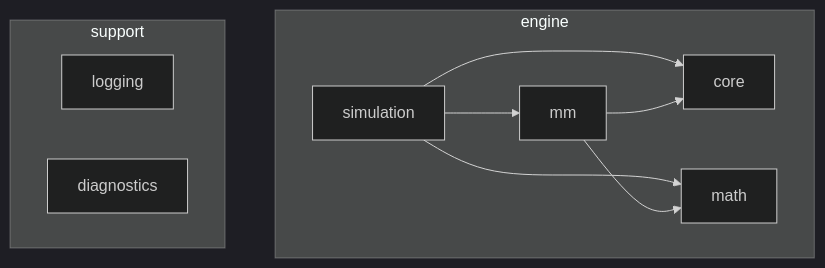
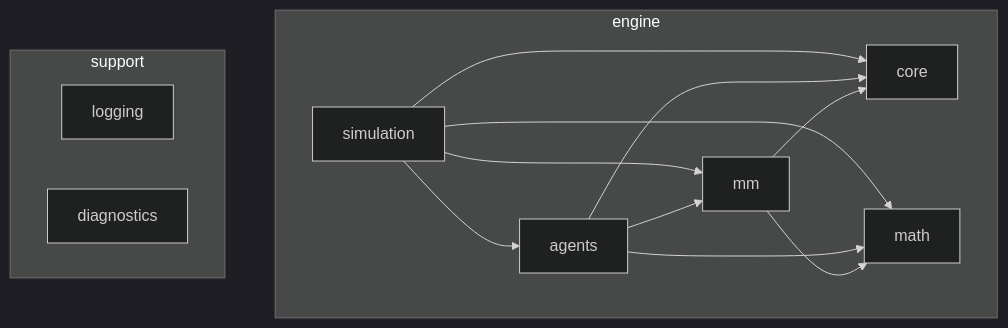
The diagram in docs/architecture/overview.md (GuillaumeLaurin/MarketMakingSimulator), drawn with Mermaid (dark theme) before and after one commit. The commit also changed other lines of this file and 137 other files, not shown here.

````diff
--- a/docs/architecture/overview.md
+++ b/docs/architecture/overview.md
@@ -22,14 +23,18 @@
 ```mermaid
 flowchart TB
     subgraph engine
+        simulation --> agents
         simulation --> mm
         simulation --> core
         simulation --> math
+        agents --> mm
+        agents --> core
+        agents --> math
         mm --> core
         mm --> math
     end
     subgraph support
         logging
         diagnostics
     end
 ```
````
